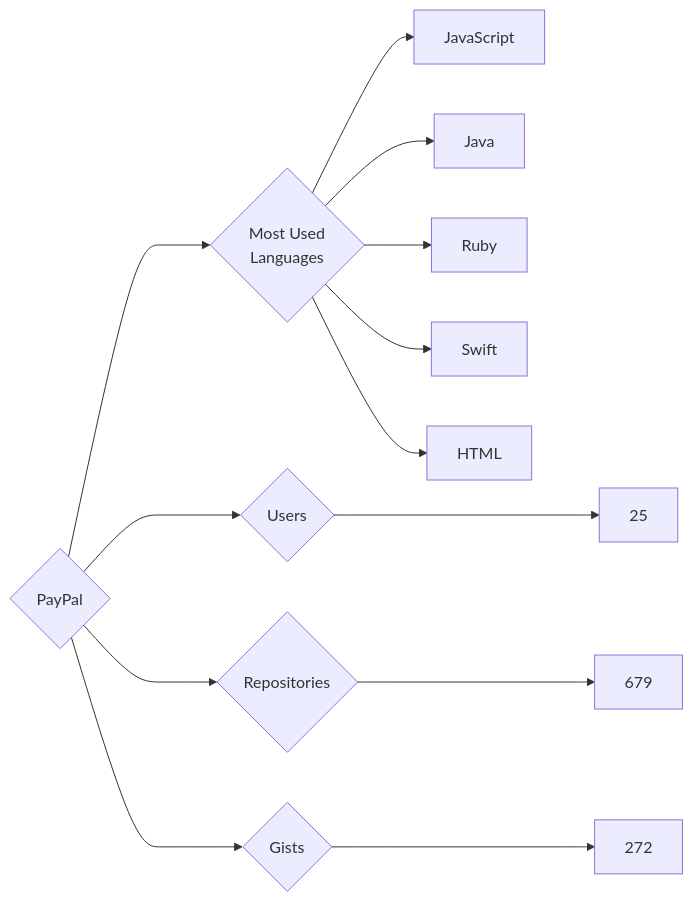
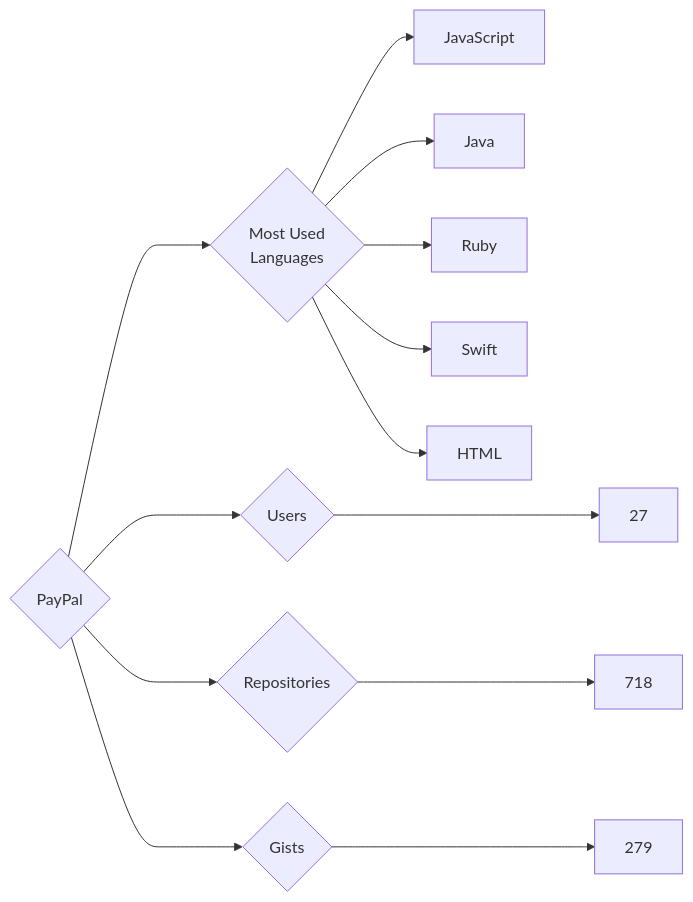
One commit to trickest/insiders changed the diagram in targets/PayPal/README.md. Above: the diagram before and after it, drawn with Mermaid. The commit also changed 1389 other files, not shown here.

````diff
--- a/targets/PayPal/README.md
+++ b/targets/PayPal/README.md
@@ -3,13 +3,13 @@
 ```mermaid
 graph LR
 COMPANY_NAME{PayPal}
-COMPANY_NAME ---> U{Users} ---> UN[25]
-COMPANY_NAME ---> R{Repositories} ---> RN[679]
-COMPANY_NAME ---> G{Gists} ---> GN[272]
+COMPANY_NAME ---> U{Users} ---> UN[27]
+COMPANY_NAME ---> R{Repositories} ---> RN[718]
+COMPANY_NAME ---> G{Gists} ---> GN[279]
 COMPANY_NAME ---> ML{Most Used<br>Languages}
 ML --> JavaScript[JavaScript]
 ML --> Java[Java]
 ML --> Ruby[Ruby]
 ML --> Swift[Swift]
 ML --> HTML[HTML]
 ```
````
